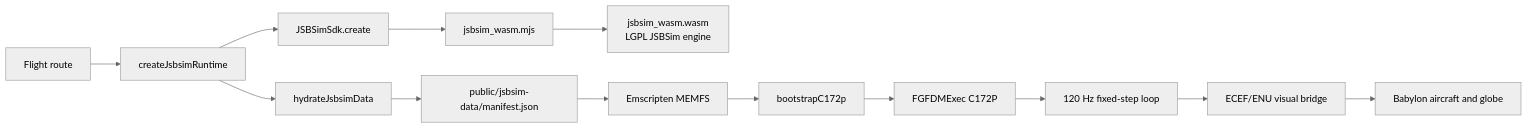
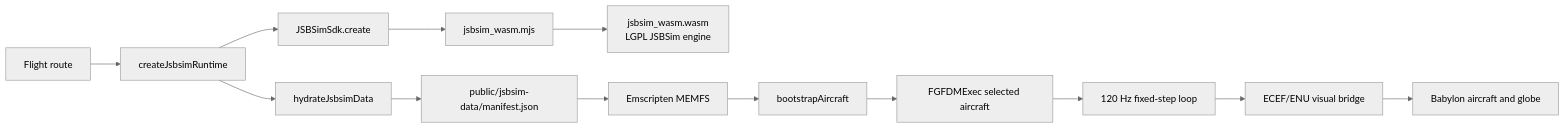
One commit to 0SFS/0SFS.github.io changed the diagram in docs/jsbsim-wasm.md. Above: the diagram before and after it, drawn with Mermaid (neutral theme). The commit also changed other lines of this file and 95 other files, not shown here.

````diff
--- a/docs/jsbsim-wasm.md
+++ b/docs/jsbsim-wasm.md
@@ -11,15 +11,15 @@
 ```mermaid
 flowchart LR
   App[Flight route] --> Runtime[createJsbsimRuntime]
   Runtime --> SDK[JSBSimSdk.create]
   SDK --> MJS[jsbsim_wasm.mjs]
   MJS --> WASM[jsbsim_wasm.wasm\nLGPL JSBSim engine]
   Runtime --> Hydrate[hydrateJsbsimData]
   Hydrate --> Manifest[public/jsbsim-data/manifest.json]
   Manifest --> MEMFS[Emscripten MEMFS]
-  MEMFS --> Bootstrap[bootstrapC172p]
-  Bootstrap --> FDM[FGFDMExec C172P]
+    MEMFS --> Bootstrap[bootstrapAircraft]
+    Bootstrap --> FDM[FGFDMExec selected aircraft]
   FDM --> Loop[120 Hz fixed-step loop]
   Loop --> Bridge[ECEF/ENU visual bridge]
   Bridge --> Babylon[Babylon aircraft and globe]
 ```
````
